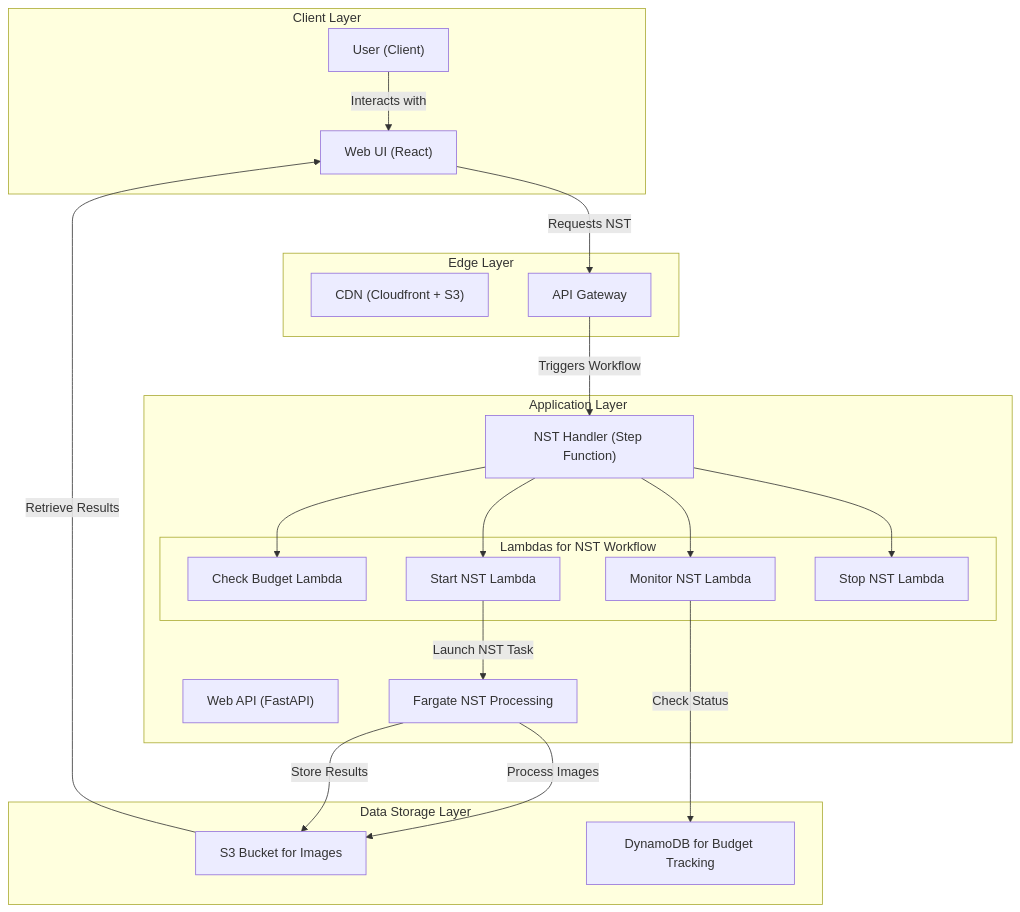
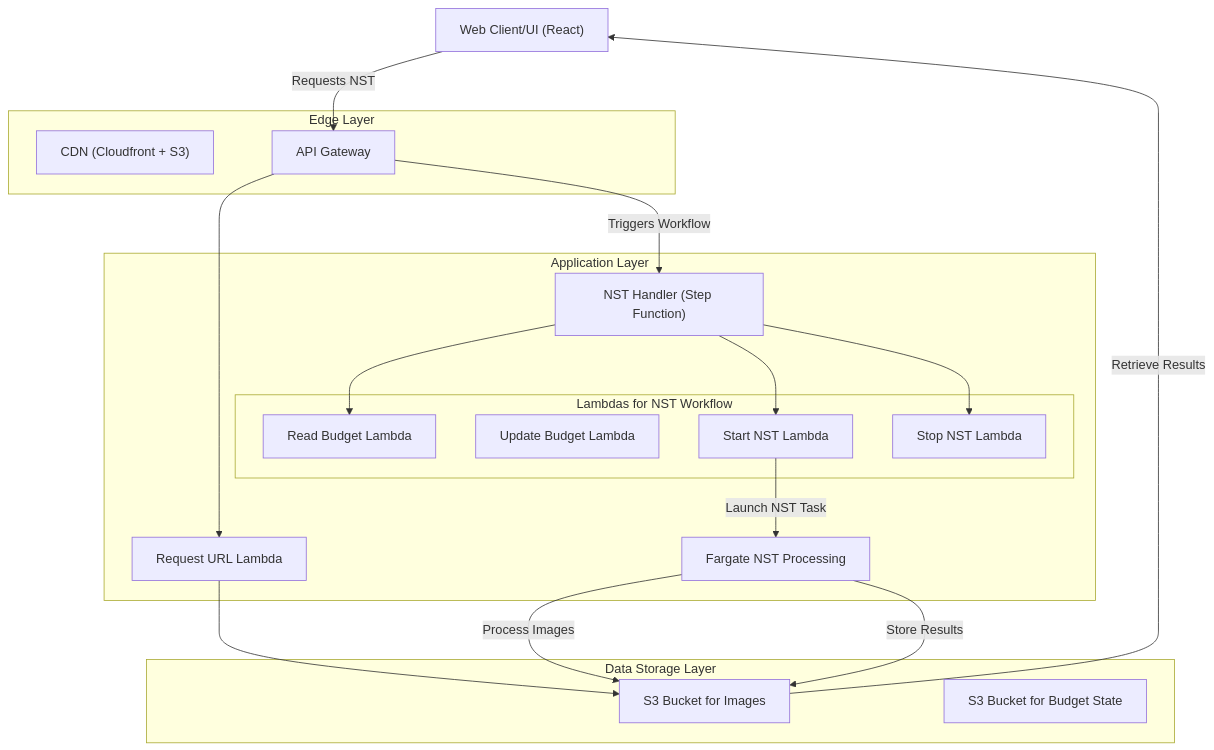
Before and after one commit to boromir674/nst-saas: the fifth of 5 diagrams in README.md, drawn with Mermaid. The commit also changed other lines of this file and 1 other file, not shown here.

````diff
--- a/README.md
+++ b/README.md
@@ -106,51 +210,46 @@
 ```mermaid
 flowchart TB
-    %% Client Layer
-    subgraph ClientLayer [Client Layer]
-        User["User (Client)"]
-        WebUI["Web UI (React)"]
-    end
+    WebUI["Web Client/UI (React)"]
 
     %% Edge Layer
     subgraph EdgeLayer [Edge Layer]
         CDN["CDN (Cloudfront + S3)"]
         APIGateway["API Gateway"]
     end
 
     %% Application Layer
     subgraph ApplicationLayer [Application Layer]
         StepFunction["NST Handler (Step Function)"]
         
         subgraph LambdaFunctions [Lambdas for NST Workflow]
-            CheckBudgetLambda["Check Budget Lambda"]
+            CheckBudgetLambda["Read Budget Lambda"]
+            UpdateBudgetLambda["Update Budget Lambda"]
             StartNSTLambda["Start NST Lambda"]
-            MonitorNSTLambda["Monitor NST Lambda"]
             StopNSTLambda["Stop NST Lambda"]
         end
+        RequestURL["Request URL Lambda"]
 
-        WebAPI["Web API (FastAPI)"]
         Fargate["Fargate NST Processing"]
     end
 
     %% Data Storage Layer
     subgraph DataStorageLayer [Data Storage Layer]
         S3["S3 Bucket for Images"]
-        DynamoDB["DynamoDB for Budget Tracking"]
+        Budget_state["S3 Bucket for Budget State"]
     end
 
     %% Connections
-    User -->|Interacts with| WebUI
     WebUI -->|Requests NST| APIGateway
     APIGateway -->|Triggers Workflow| StepFunction
+    APIGateway --> RequestURL
+    RequestURL --> S3
     StepFunction --> CheckBudgetLambda
     StepFunction --> StartNSTLambda
-    StepFunction --> MonitorNSTLambda
     StepFunction --> StopNSTLambda
     StartNSTLambda -->|Launch NST Task| Fargate
     Fargate -->|Process Images| S3
-    MonitorNSTLambda -->|Check Status| DynamoDB
     Fargate -->|Store Results| S3
     S3 -->|Retrieve Results| WebUI
 
 
 ```
````
